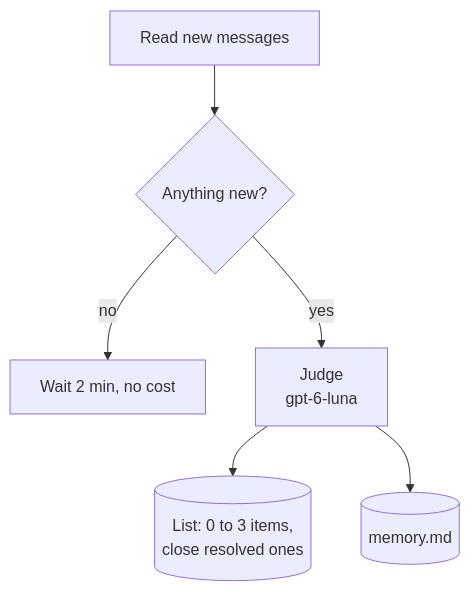
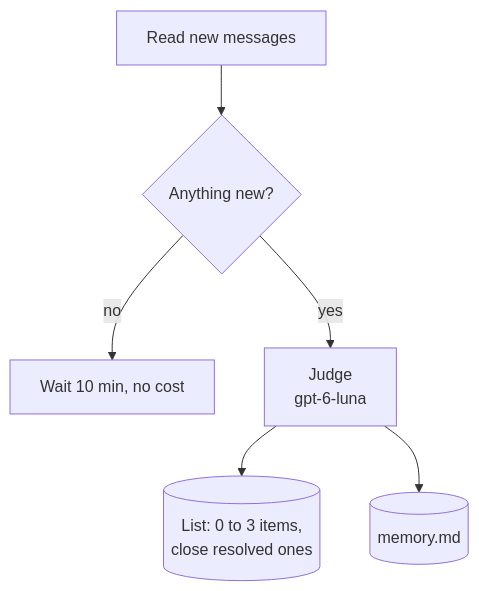
One commit to MisterBrookT/pi-x changed the third of 5 diagrams in docs/proactive.md. Above: the diagram before and after it, drawn with Mermaid. The commit also changed other lines of this file and 1 other file, not shown here.

Commit message:
proactive: check every 10 minutes

````diff
--- a/docs/proactive.md
+++ b/docs/proactive.md
@@ -77,8 +77,8 @@
 ```mermaid
 flowchart TB
   R[Read new messages] --> N{Anything new?}
-  N -- no --> W[Wait 2 min, no cost]
+  N -- no --> W[Wait 10 min, no cost]
   N -- yes --> J["Judge<br/>gpt-6-luna"]
   J --> L[(List: 0 to 3 items,<br/>close resolved ones)]
   J --> M[(memory.md)]
 ```
````
